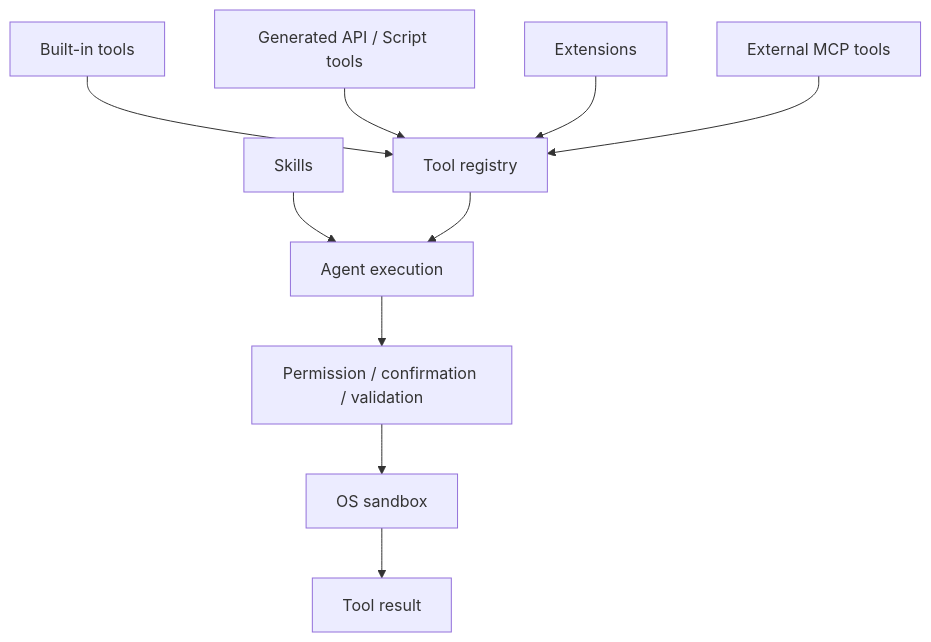
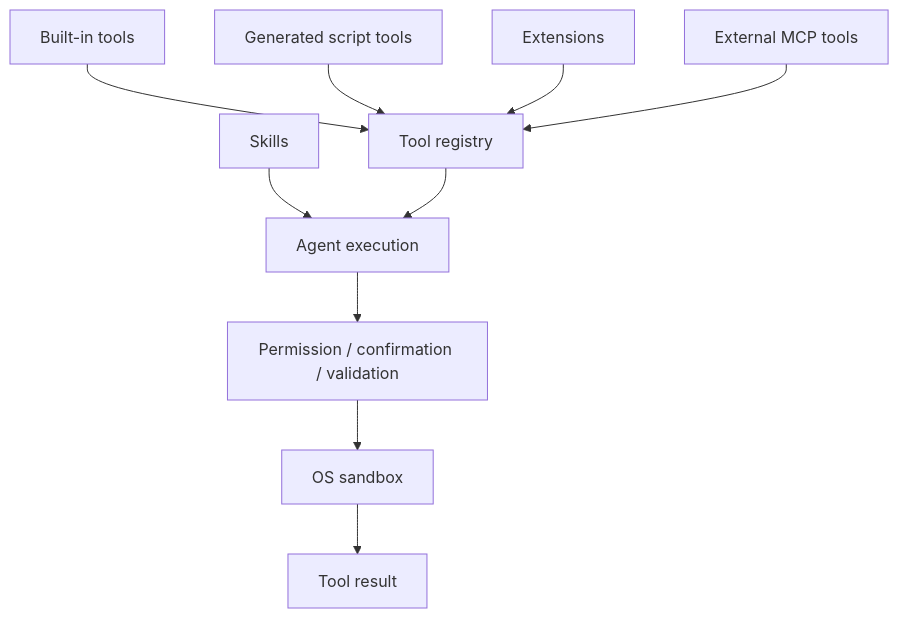
Before and after one commit to pardnchiu/Agenvoy: the fifth of 10 diagrams in doc/architecture.md, drawn with Mermaid. The commit also changed other lines of this file and 5 other files, not shown here.

Commit message:
doc: Update README and architecture docs for public API lookup, sudo/sandbox escalation, background_command and decision model dispatch

````diff
--- a/doc/architecture.md
+++ b/doc/architecture.md
@@ -110,12 +110,12 @@
 ```mermaid
 graph TB
     Builtin[Built-in tools] --> Registry[Tool registry]
-    Generated[Generated API / Script tools] --> Registry
+    Generated[Generated script tools] --> Registry
     Extension[Extensions] --> Registry
     Remote[External MCP tools] --> Registry
     Skill[Skills] --> Agent[Agent execution]
     Registry --> Agent
     Agent --> Check[Permission / confirmation / validation]
     Check --> Sandbox[OS sandbox]
     Sandbox --> Result[Tool result]
 ```
````
